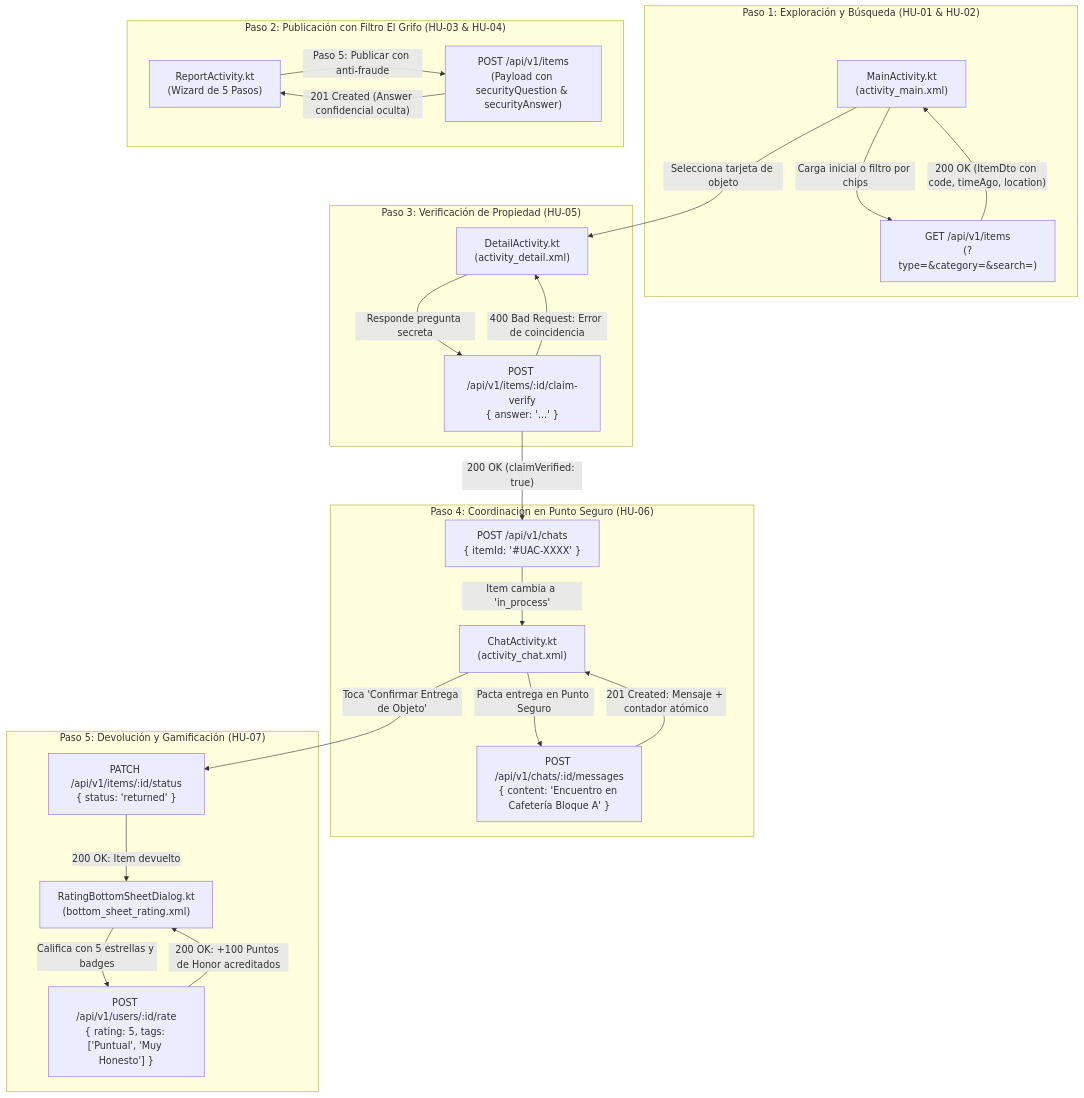
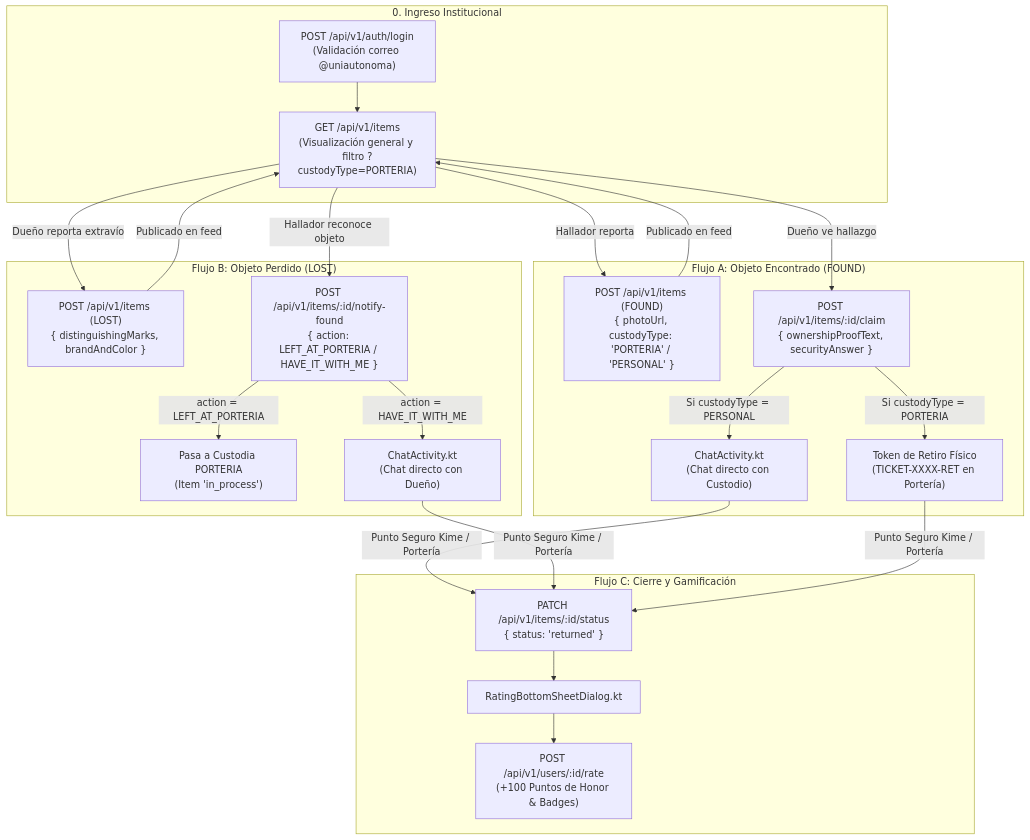
One commit to salomontillaUni/api-unifind changed the diagram in CONTRATOS_API_MVP_MOVIL.md. Above: the diagram before and after it, drawn with Mermaid. The commit also changed other lines of this file and 8 other files, not shown here.

Commit message:
feat(mobile-flows): implementar Flujo A (Porteria Expres), Flujo B (Dueno Detallado), reclamos con ticket, notificaciones de hallazgo y login institucional

````diff
--- a/CONTRATOS_API_MVP_MOVIL.md
+++ b/CONTRATOS_API_MVP_MOVIL.md
@@ -634,41 +569,40 @@
 ```mermaid
 flowchart TD
-    subgraph S1["Paso 1: Exploración y Búsqueda (HU-01 & HU-02)"]
-        UI_MAIN["MainActivity.kt<br/>(activity_main.xml)"]
-        GET_FEED["GET /api/v1/items<br/>(?type=&category=&search=)"]
-        UI_MAIN -->|"Carga inicial o filtro por chips"| GET_FEED
-        GET_FEED -->|"200 OK (ItemDto con code, timeAgo, location)"| UI_MAIN
+    subgraph S0["0. Ingreso Institucional"]
+        LOGIN["POST /api/v1/auth/login<br/>(Validación correo @uniautonoma)"]
+        FEED["GET /api/v1/items<br/>(Visualización general y filtro ?custodyType=PORTERIA)"]
+        LOGIN --> FEED
     end
 
-    subgraph S2["Paso 2: Publicación con Filtro El Grifo (HU-03 & HU-04)"]
-        UI_REPORT["ReportActivity.kt<br/>(Wizard de 5 Pasos)"]
-        POST_ITEM["POST /api/v1/items<br/>(Payload con securityQuestion & securityAnswer)"]
-        UI_REPORT -->|"Paso 5: Publicar con anti-fraude"| POST_ITEM
-        POST_ITEM -->|"201 Created (Answer confidencial oculta)"| UI_REPORT
+    subgraph S1["Flujo A: Objeto Encontrado (FOUND)"]
+        REP_FOUND["POST /api/v1/items (FOUND)<br/>{ photoUrl, custodyType: 'PORTERIA' / 'PERSONAL' }"]
+        CLAIM["POST /api/v1/items/:id/claim<br/>{ ownershipProofText, securityAnswer }"]
+        TOKEN["Token de Retiro Físico<br/>(TICKET-XXXX-RET en Portería)"]
+        CHAT_A["ChatActivity.kt<br/>(Chat directo con Custodio)"]
+
+        FEED -->|"Hallador reporta"| REP_FOUND
+        REP_FOUND -->|"Publicado en feed"| FEED
+        FEED -->|"Dueño ve hallazgo"| CLAIM
+        CLAIM -->|"Si custodyType = PORTERIA"| TOKEN
+        CLAIM -->|"Si custodyType = PERSONAL"| CHAT_A
     end
 
-    subgraph S3["Paso 3: Verificación de Propiedad (HU-05)"]
-        UI_DETAIL["DetailActivity.kt<br/>(activity_detail.xml)"]
-        VERIFY["POST /api/v1/items/:id/claim-verify<br/>{ answer: '...' }"]
-        UI_MAIN -->|"Selecciona tarjeta de objeto"| UI_DETAIL
-        UI_DETAIL -->|"Responde pregunta secreta"| VERIFY
-        VERIFY -->|"400 Bad Request: Error de coincidencia"| UI_DETAIL
+    subgraph S2["Flujo B: Objeto Perdido (LOST)"]
+        REP_LOST["POST /api/v1/items (LOST)<br/>{ distinguishingMarks, brandAndColor }"]
+        NOTIFY["POST /api/v1/items/:id/notify-found<br/>{ action: LEFT_AT_PORTERIA / HAVE_IT_WITH_ME }"]
+        PORT_B["Pasa a Custodia PORTERIA<br/>(Item 'in_process')"]
+        CHAT_B["ChatActivity.kt<br/>(Chat directo con Dueño)"]
+
+        FEED -->|"Dueño reporta extravío"| REP_LOST
+        REP_LOST -->|"Publicado en feed"| FEED
+        FEED -->|"Hallador reconoce objeto"| NOTIFY
+        NOTIFY -->|"action = LEFT_AT_PORTERIA"| PORT_B
+        NOTIFY -->|"action = HAVE_IT_WITH_ME"| CHAT_B
     end
 
-    subgraph S4["Paso 4: Coordinación en Punto Seguro (HU-06)"]
-        VERIFY -->|"200 OK (claimVerified: true)"| OPEN_CHAT["POST /api/v1/chats<br/>{ itemId: '#UAC-XXXX' }"]
-        OPEN_CHAT -->|"Item cambia a 'in_process'"| UI_CHAT["ChatActivity.kt<br/>(activity_chat.xml)"]
-        SEND_MSG["POST /api/v1/chats/:id/messages<br/>{ content: 'Encuentro en Cafetería Bloque A' }"]
-        UI_CHAT -->|"Pacta entrega en Punto Seguro"| SEND_MSG
-        SEND_MSG -->|"201 Created: Mensaje + contador atómico"| UI_CHAT
-    end
-
-    subgraph S5["Paso 5: Devolución y Gamificación (HU-07)"]
-        CLOSE_ITEM["PATCH /api/v1/items/:id/status<br/>{ status: 'returned' }"]
-        UI_CHAT -->|"Toca 'Confirmar Entrega de Objeto'"| CLOSE_ITEM
-        CLOSE_ITEM -->|"200 OK: Item devuelto"| UI_MODAL["RatingBottomSheetDialog.kt<br/>(bottom_sheet_rating.xml)"]
-        RATE_USER["POST /api/v1/users/:id/rate<br/>{ rating: 5, tags: ['Puntual', 'Muy Honesto'] }"]
-        UI_MODAL -->|"Califica con 5 estrellas y badges"| RATE_USER
-        RATE_USER -->|"200 OK: +100 Puntos de Honor acreditados"| UI_MODAL
+    subgraph S3["Flujo C: Cierre y Gamificación"]
+        CHAT_A & CHAT_B & TOKEN -->|"Punto Seguro Kime / Portería"| CLOSE["PATCH /api/v1/items/:id/status<br/>{ status: 'returned' }"]
+        CLOSE --> MODAL["RatingBottomSheetDialog.kt"]
+        MODAL --> RATE["POST /api/v1/users/:id/rate<br/>(+100 Puntos de Honor & Badges)"]
     end
 ```
````
